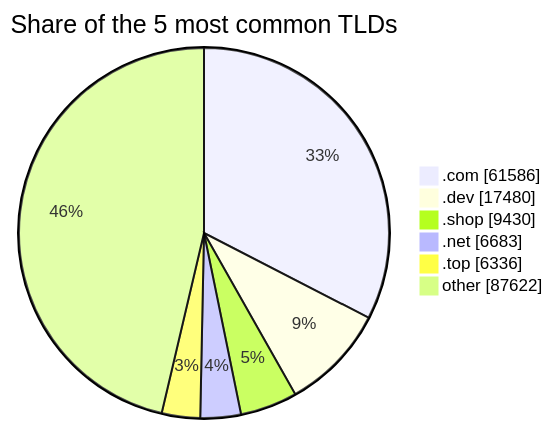
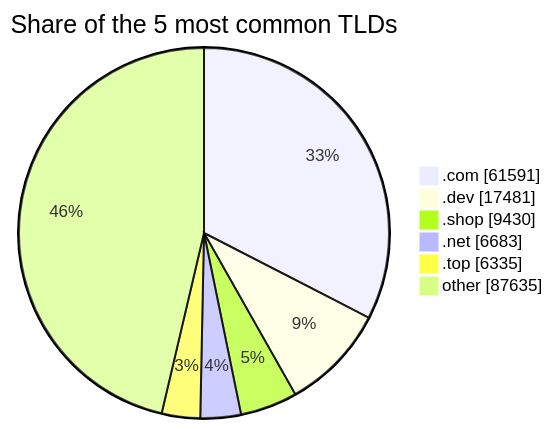
Before and after one commit to DNSBunker/CTI: the third of 3 diagrams in README.md, drawn with Mermaid. The commit also changed other lines of this file and 3 other files, not shown here.

````diff
--- a/README.md
+++ b/README.md
@@ -81,9 +81,9 @@
 ```mermaid
 pie showData title Share of the 5 most common TLDs
-    ".com" : 61586
-    ".dev" : 17480
+    ".com" : 61591
+    ".dev" : 17481
     ".shop" : 9430
     ".net" : 6683
-    ".top" : 6336
-    "other" : 87622
+    ".top" : 6335
+    "other" : 87635
 ```
````
